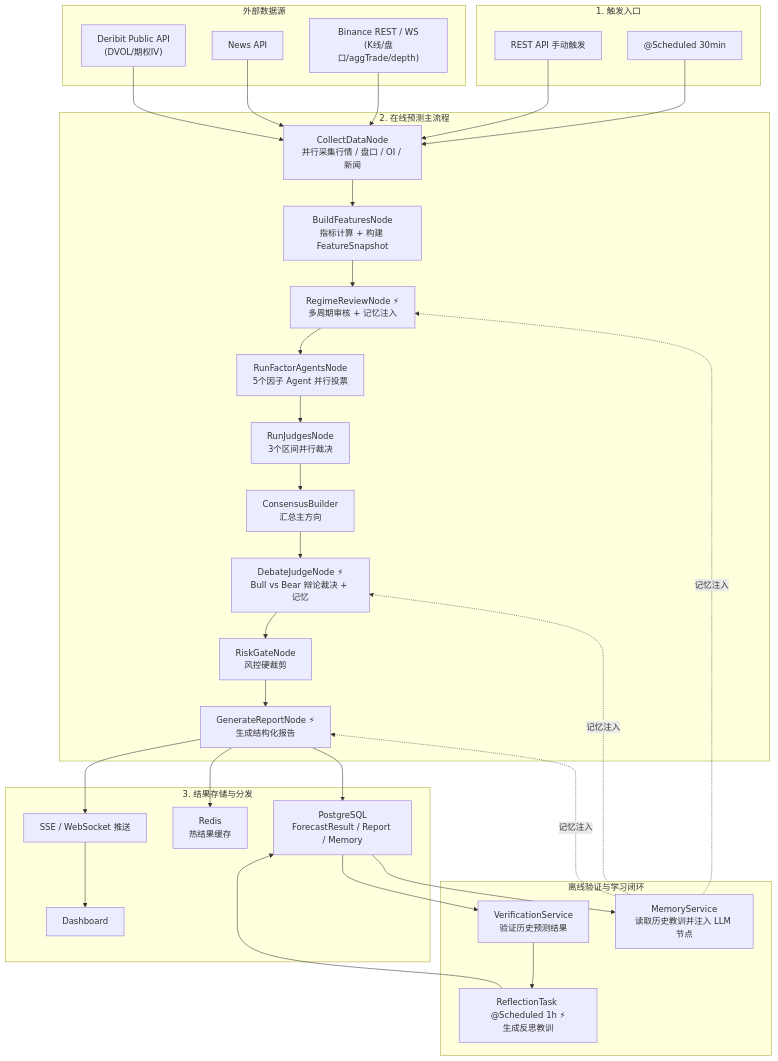
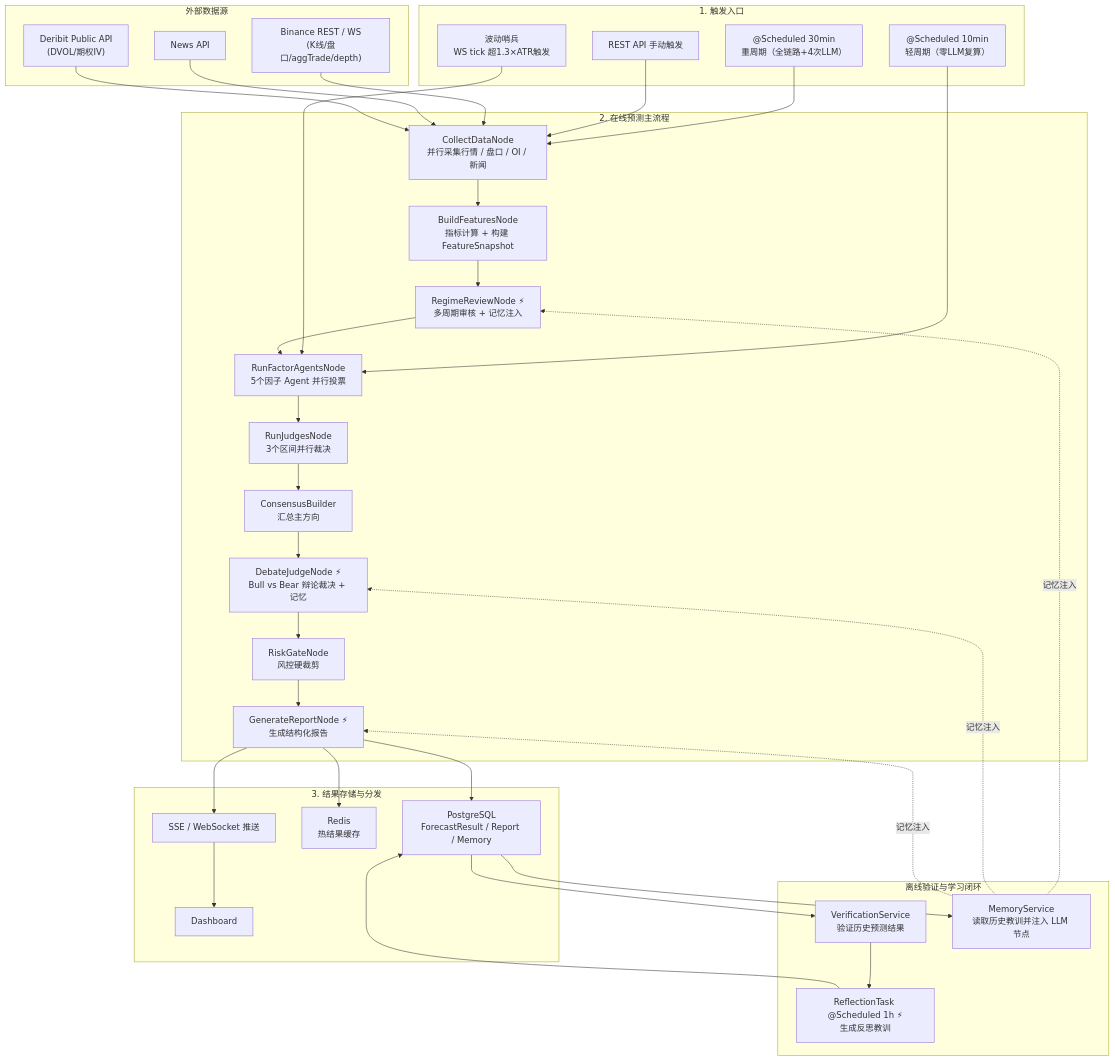
Before and after one commit to mamawai/wiib: the first of 6 diagrams in docs/Quantitative analysis.md, drawn with Mermaid. The commit also changed other lines of this file and 1 other file, not shown here.

````diff
--- a/docs/Quantitative analysis.md
+++ b/docs/Quantitative analysis.md
@@ -134,57 +134,61 @@
 ```mermaid
 flowchart TB
     subgraph ENTRY["1. 触发入口"]
-        E1["@Scheduled 30min"]
+        E1["@Scheduled 30min<br/>重周期（全链路+4次LLM）"]
+        E1b["@Scheduled 10min<br/>轻周期（零LLM复算）"]
+        E1c["波动哨兵<br/>WS tick 超1.3×ATR触发"]
         E2["REST API 手动触发"]
     end
 
     subgraph FLOW["2. 在线预测主流程"]
         F1["CollectDataNode<br/>并行采集行情 / 盘口 / OI / 新闻"]
         F2["BuildFeaturesNode<br/>指标计算 + 构建 FeatureSnapshot"]
         F3["RegimeReviewNode ⚡<br/>多周期审核 + 记忆注入"]
         F4["RunFactorAgentsNode<br/>5个因子 Agent 并行投票"]
         F5["RunJudgesNode<br/>3个区间并行裁决"]
         F6["ConsensusBuilder<br/>汇总主方向"]
         F7["DebateJudgeNode ⚡<br/>Bull vs Bear 辩论裁决 + 记忆"]
         F8["RiskGateNode<br/>风控硬裁剪"]
         F9["GenerateReportNode ⚡<br/>生成结构化报告"]
     end
 
     subgraph DELIVERY["3. 结果存储与分发"]
         D1["PostgreSQL<br/>ForecastResult / Report / Memory"]
         D2["Redis<br/>热结果缓存"]
         D3["SSE / WebSocket 推送"]
         D4["Dashboard"]
     end
 
     subgraph SOURCE["外部数据源"]
         S1["Binance REST / WS<br/>(K线/盘口/aggTrade/depth)"]
         S2["News API"]
         S3["Deribit Public API<br/>(DVOL/期权IV)"]
     end
 
     subgraph FEEDBACK["离线验证与学习闭环"]
         V1["VerificationService<br/>验证历史预测结果"]
         V2["ReflectionTask @Scheduled 1h ⚡<br/>生成反思教训"]
         V3["MemoryService<br/>读取历史教训并注入 LLM 节点"]
     end
 
     E1 --> F1
+    E1b --> F4
+    E1c --> F4
     E2 --> F1
 
     S1 --> F1
     S2 --> F1
     S3 --> F1
 
     F1 --> F2 --> F3 --> F4 --> F5 --> F6 --> F7 --> F8 --> F9
 
     F9 --> D1
     F9 --> D2
     F9 --> D3 --> D4
 
     D1 --> V1 --> V2 --> D1
     D1 --> V3
     V3 -.记忆注入.-> F3
     V3 -.记忆注入.-> F7
     V3 -.记忆注入.-> F9
 ```
````
